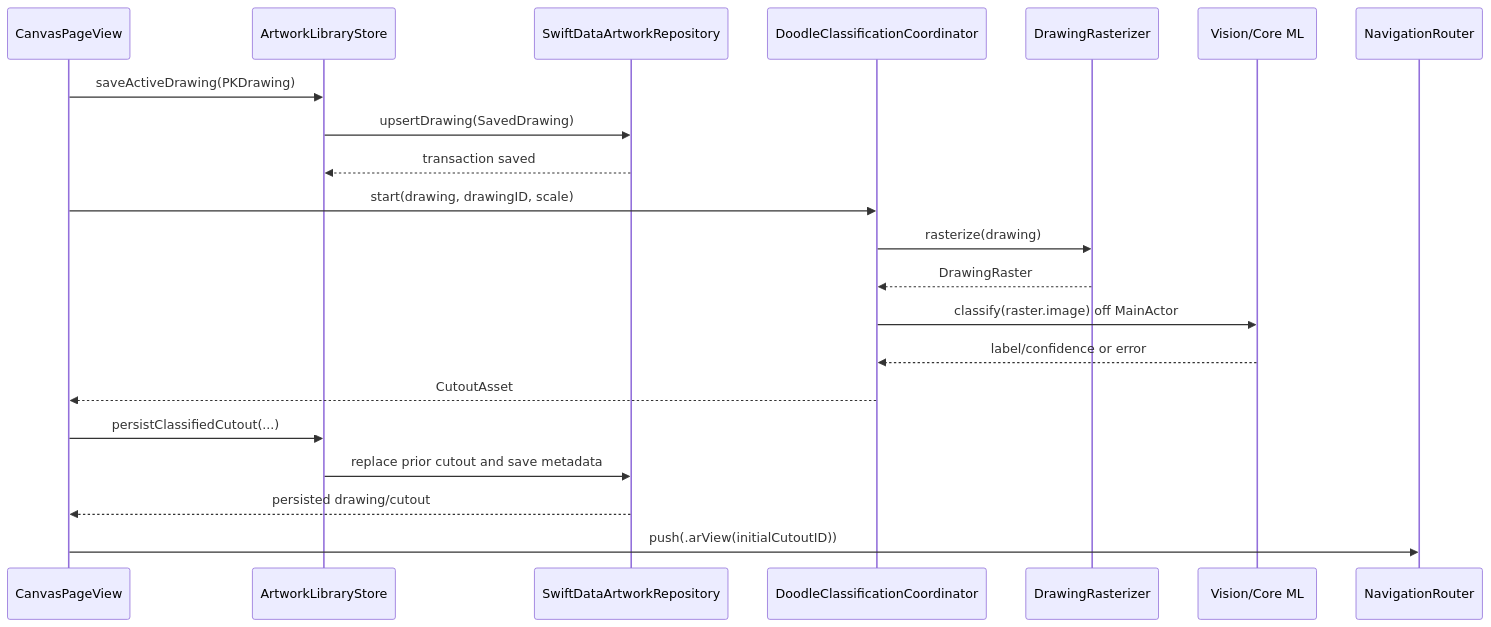
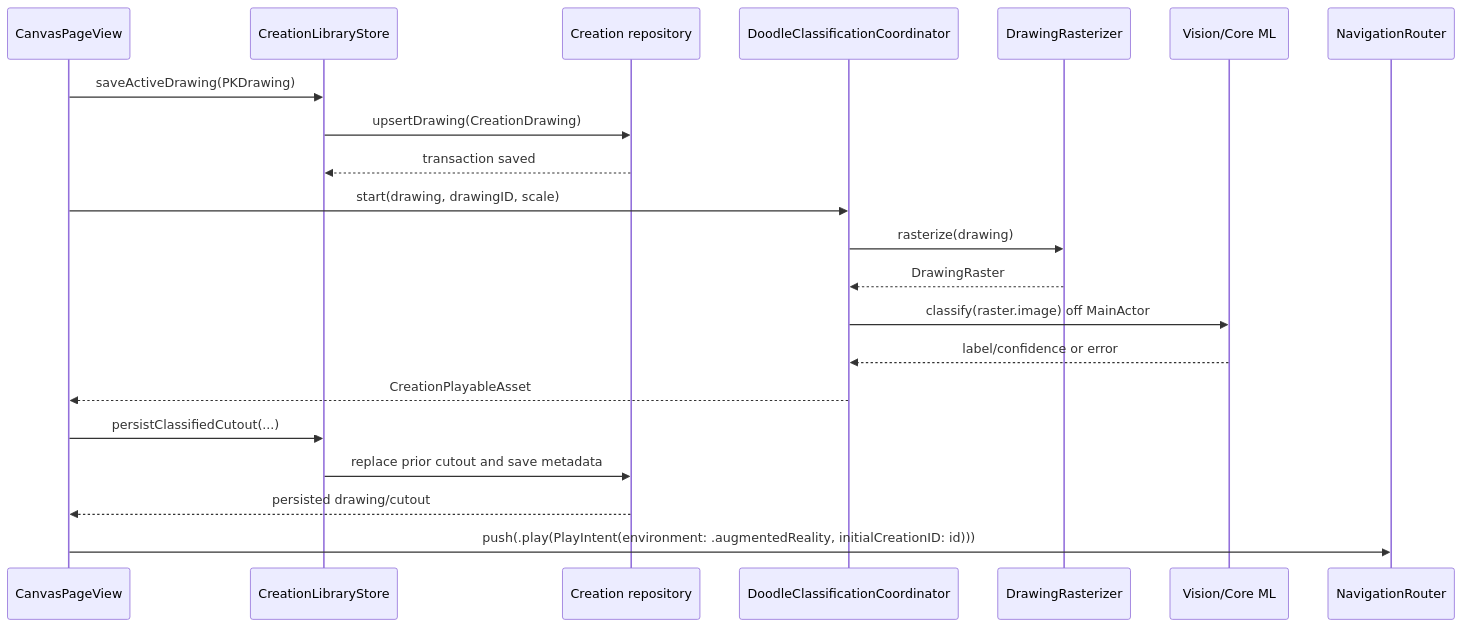
Before and after one commit to dimaswisodewo/Animagic: the second of 2 diagrams in docs/HAND_DRAWING_TO_ANIMATED_AR.md, drawn with Mermaid. The commit also changed other lines of this file and 212 other files, not shown here.

````diff
--- a/docs/HAND_DRAWING_TO_ANIMATED_AR.md
+++ b/docs/HAND_DRAWING_TO_ANIMATED_AR.md
@@ -61,24 +65,24 @@
 ```mermaid
 sequenceDiagram
     participant UI as CanvasPageView
-    participant Store as ArtworkLibraryStore
-    participant Repo as SwiftDataArtworkRepository
+    participant Store as CreationLibraryStore
+    participant Repo as Creation repository
     participant Coordinator as DoodleClassificationCoordinator
     participant Raster as DrawingRasterizer
     participant ML as Vision/Core ML
     participant Router as NavigationRouter
 
     UI->>Store: saveActiveDrawing(PKDrawing)
-    Store->>Repo: upsertDrawing(SavedDrawing)
+    Store->>Repo: upsertDrawing(CreationDrawing)
     Repo-->>Store: transaction saved
     UI->>Coordinator: start(drawing, drawingID, scale)
     Coordinator->>Raster: rasterize(drawing)
     Raster-->>Coordinator: DrawingRaster
     Coordinator->>ML: classify(raster.image) off MainActor
     ML-->>Coordinator: label/confidence or error
-    Coordinator-->>UI: CutoutAsset
+    Coordinator-->>UI: CreationPlayableAsset
     UI->>Store: persistClassifiedCutout(...)
     Store->>Repo: replace prior cutout and save metadata
     Repo-->>UI: persisted drawing/cutout
-    UI->>Router: push(.arView(initialCutoutID))
+    UI->>Router: push(.play(PlayIntent(environment: .augmentedReality, initialCreationID: id)))
 ```
````
